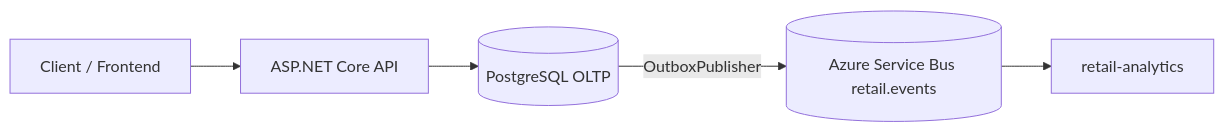
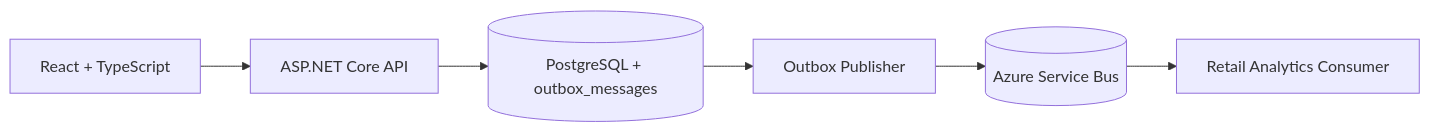
Before and after one commit to elvarlax/retail-inventory: the diagram in README.md, drawn with Mermaid. The commit also changed other lines of this file and 269 other files, not shown here.

Commit message:
refactor: adopt Clean Architecture, CQRS, and React frontend

````diff
--- a/README.md
+++ b/README.md
@@ -31,14 +40,16 @@
 ```mermaid
 flowchart LR
 
-Client[Client / Frontend]
+Web[React + TypeScript]
 API[ASP.NET Core API]
-DB[(PostgreSQL OLTP)]
-Bus[(Azure Service Bus retail.events)]
-Analytics[retail-analytics]
+DB[(PostgreSQL + outbox_messages)]
+Outbox[Outbox Publisher]
+Bus[(Azure Service Bus)]
+Analytics[Retail Analytics Consumer]
 
-Client --> API
+Web --> API
 API --> DB
-DB -- OutboxPublisher --> Bus
+DB --> Outbox
+Outbox --> Bus
 Bus --> Analytics
 ```
````
